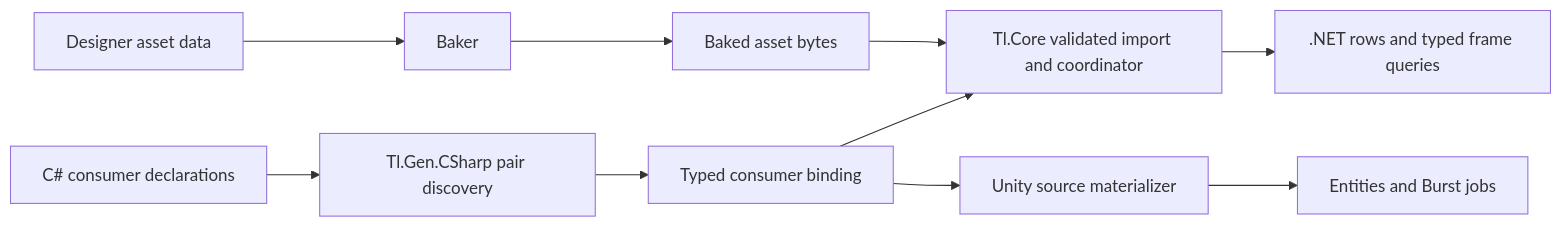
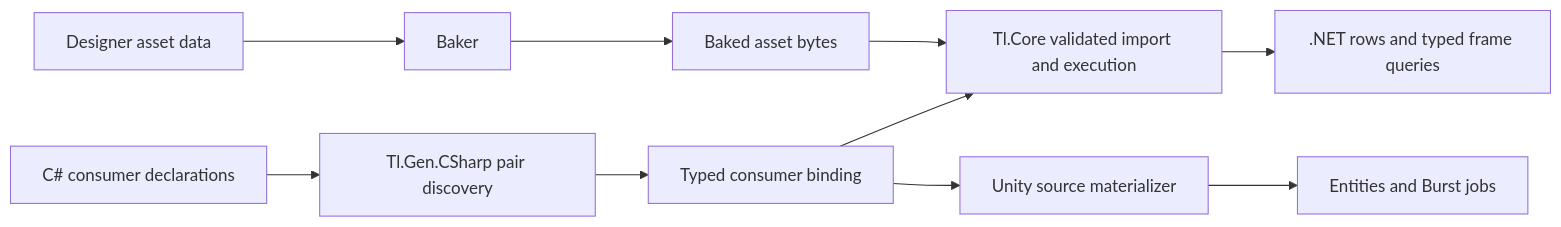
Before and after one commit to IAFahim/tl: the first of 3 diagrams in docs/architecture.md, drawn with Mermaid. The commit also changed other lines of this file, not shown here.

Commit message:
docs: correct the architecture record against the alpha.7 surface

````diff
--- a/docs/architecture.md
+++ b/docs/architecture.md
@@ -5,12 +5,12 @@
 ```mermaid
 flowchart LR
     ASSET[Designer asset data] --> BAKE[Baker]
     CS[C# consumer declarations] --> GEN[Tl.Gen.CSharp pair discovery]
     GEN --> BIND[Typed consumer binding]
     BAKE --> BYTES[Baked asset bytes]
-    BYTES --> CORE[Tl.Core validated import and coordinator]
+    BYTES --> CORE[Tl.Core validated import and execution]
     BIND --> CORE
     CORE --> NET[.NET rows and typed frame queries]
     BIND --> UNITY[Unity source materializer]
     UNITY --> ECS[Entities and Burst jobs]
 ```
````
